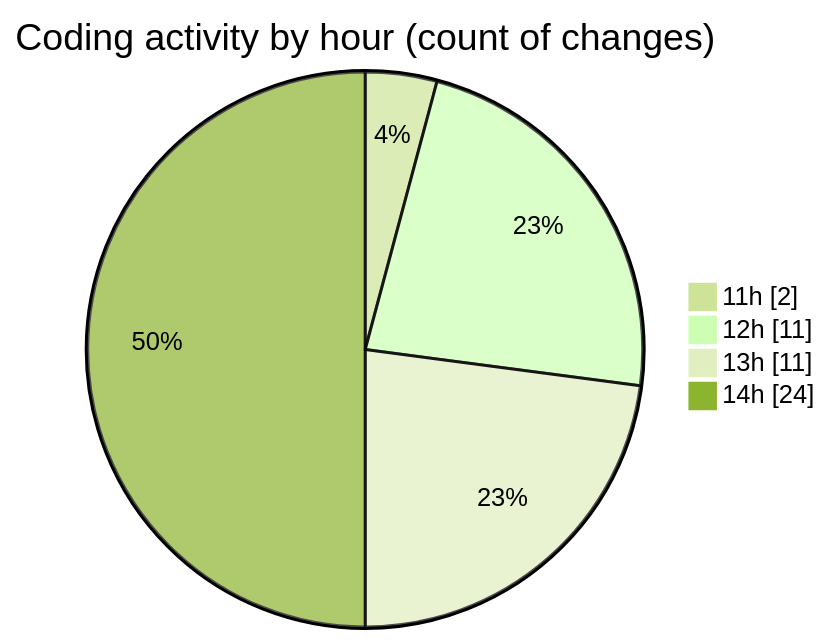
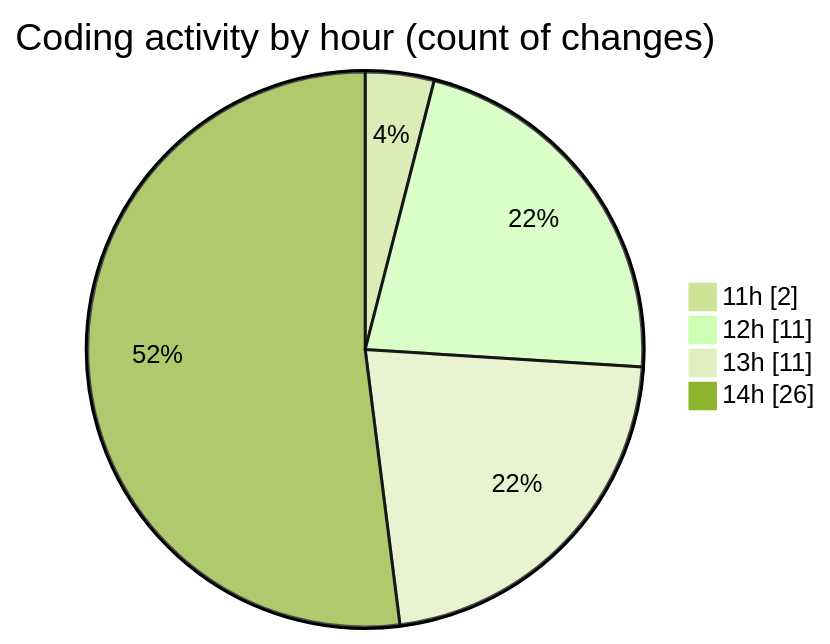
Before and after one commit to momahboobian/code-tracking: the second of 2 diagrams in 2025-04-04/cda/README.md, drawn with Mermaid (forest theme). The commit also changed other lines of this file and 1 other file, not shown here.

````diff
--- a/2025-04-04/cda/README.md
+++ b/2025-04-04/cda/README.md
@@ -42,8 +42,8 @@
 ```mermaid
 pie showData
 title Coding activity by hour (count of changes)
 "11h" : 2
 "12h" : 11
 "13h" : 11
-"14h" : 24
+"14h" : 26
 ```
````
